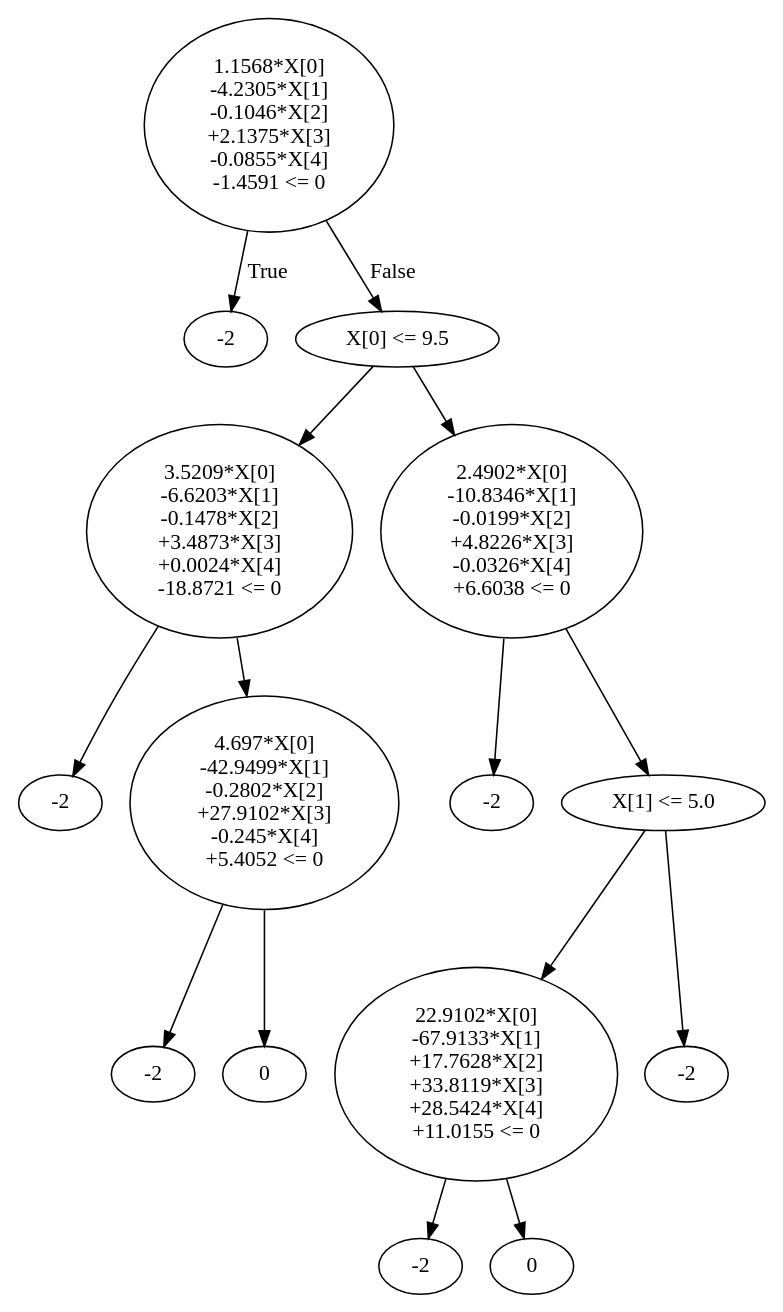
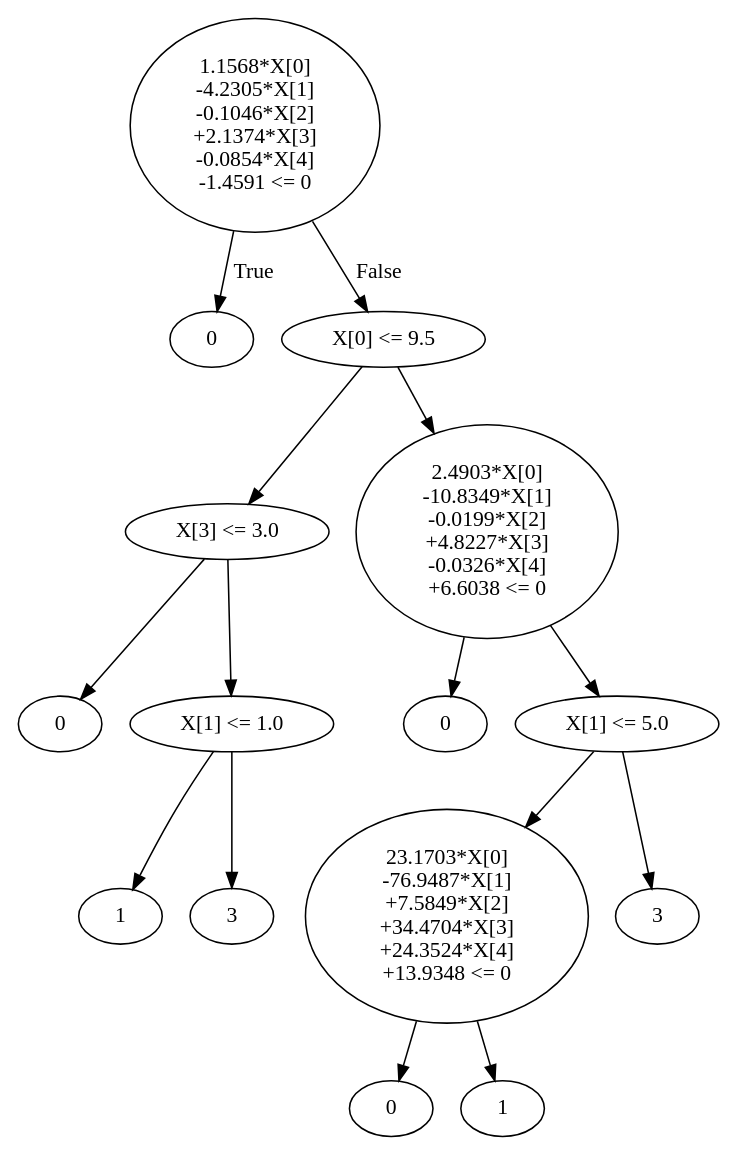
The diagram in decision_trees/MaxEveryNodeLCDT(LogisticRegression)/cruise-small-latest/MaxEveryNodeLCDT(LogisticRegression).dot (hobborg/dtControl), drawn with Graphviz before and after one commit. The commit also changed 25 other files, not shown here.

```diff
--- a/decision_trees/MaxEveryNodeLCDT(LogisticRegression)/cruise-small-latest/MaxEveryNodeLCDT(LogisticRegression).dot
+++ b/decision_trees/MaxEveryNodeLCDT(LogisticRegression)/cruise-small-latest/MaxEveryNodeLCDT(LogisticRegression).dot
@@ -1,57 +1,47 @@
 digraph {
 0 [label="1.1568*X[0]
 -4.2305*X[1]
 -0.1046*X[2]
-+2.1375*X[3]
--0.0855*X[4]
++2.1374*X[3]
+-0.0854*X[4]
 -1.4591 <= 0"];
-1 [label="-2"];
+1 [label="0"];
 0 -> 1 [label="True"];
 2 [label="X[0] <= 9.5"];
-3 [label="3.5209*X[0]
--6.6203*X[1]
--0.1478*X[2]
-+3.4873*X[3]
-+0.0024*X[4]
--18.8721 <= 0"];
-4 [label="-2"];
+3 [label="X[3] <= 3.0"];
+4 [label="0"];
 3 -> 4 [label=""];
-5 [label="4.697*X[0]
--42.9499*X[1]
--0.2802*X[2]
-+27.9102*X[3]
--0.245*X[4]
-+5.4052 <= 0"];
-6 [label="-2"];
+5 [label="X[1] <= 1.0"];
+6 [label="1"];
 5 -> 6 [label=""];
-7 [label="0"];
+7 [label="3"];
 5 -> 7 [label=""];
 3 -> 5 [label=""];
 2 -> 3 [label=""];
-8 [label="2.4902*X[0]
--10.8346*X[1]
+8 [label="2.4903*X[0]
+-10.8349*X[1]
 -0.0199*X[2]
-+4.8226*X[3]
++4.8227*X[3]
 -0.0326*X[4]
 +6.6038 <= 0"];
-9 [label="-2"];
+9 [label="0"];
 8 -> 9 [label=""];
 10 [label="X[1] <= 5.0"];
-11 [label="22.9102*X[0]
--67.9133*X[1]
-+17.7628*X[2]
-+33.8119*X[3]
-+28.5424*X[4]
-+11.0155 <= 0"];
-12 [label="-2"];
+11 [label="23.1703*X[0]
+-76.9487*X[1]
++7.5849*X[2]
++34.4704*X[3]
++24.3524*X[4]
++13.9348 <= 0"];
+12 [label="0"];
 11 -> 12 [label=""];
-13 [label="0"];
+13 [label="1"];
 11 -> 13 [label=""];
 10 -> 11 [label=""];
-14 [label="-2"];
+14 [label="3"];
 10 -> 14 [label=""];
 8 -> 10 [label=""];
 2 -> 8 [label=""];
 0 -> 2 [label="False"];
 
 }
```
